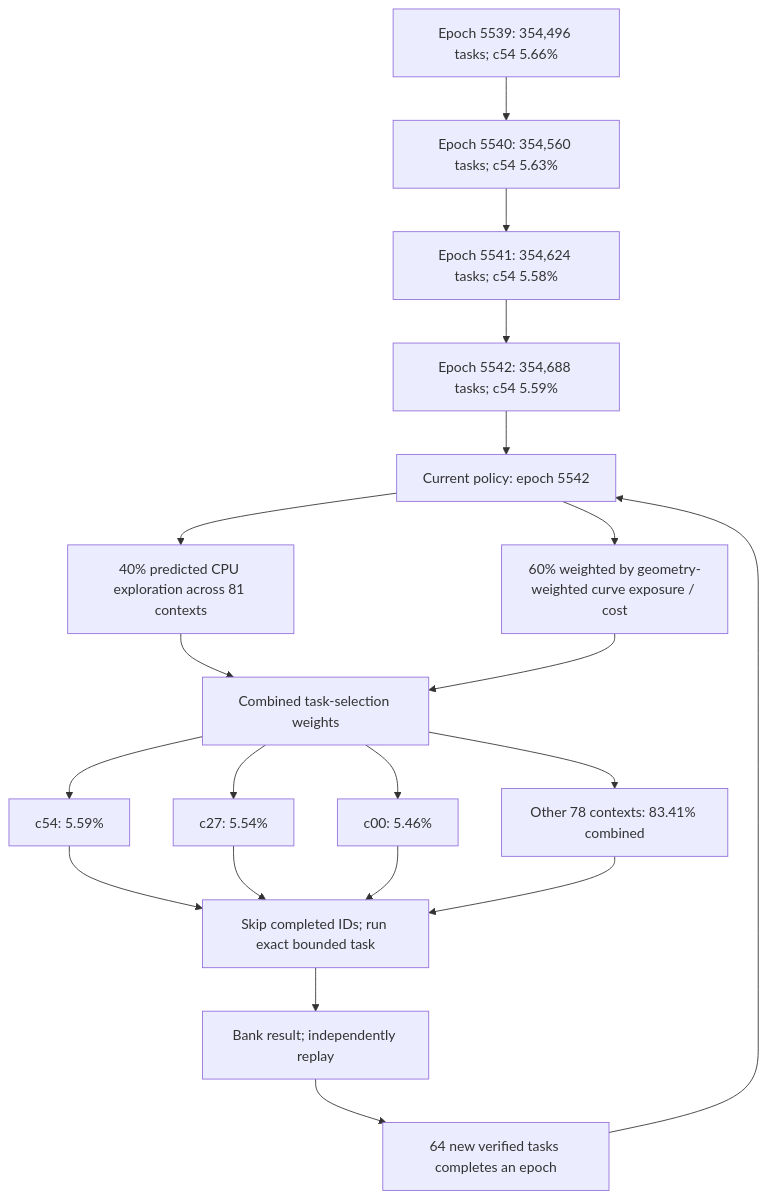
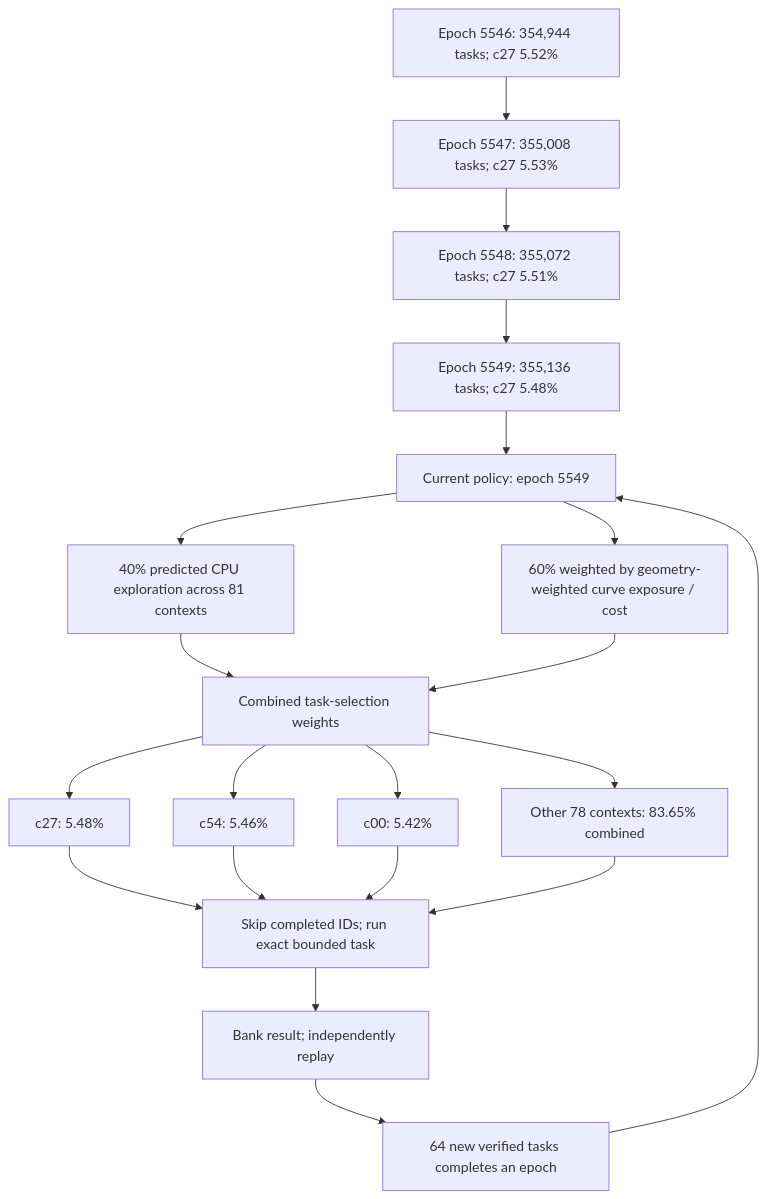
The first of 3 diagrams in README.md (Kuberwastaken/math-gambling), drawn with Mermaid before and after one commit. The commit also changed other lines of this file and 1171 other files, not shown here.

````diff
--- a/README.md
+++ b/README.md
@@ -60,27 +60,27 @@
 ```mermaid
 flowchart TD
-    H0["Epoch 5539: 354,496 tasks; c54 5.66%"]
-    H1["Epoch 5540: 354,560 tasks; c54 5.63%"]
+    H0["Epoch 5546: 354,944 tasks; c27 5.52%"]
+    H1["Epoch 5547: 355,008 tasks; c27 5.53%"]
     H0 --> H1
-    H2["Epoch 5541: 354,624 tasks; c54 5.58%"]
+    H2["Epoch 5548: 355,072 tasks; c27 5.51%"]
     H1 --> H2
-    H3["Epoch 5542: 354,688 tasks; c54 5.59%"]
+    H3["Epoch 5549: 355,136 tasks; c27 5.48%"]
     H2 --> H3
-    Policy["Current policy: epoch 5542"]
+    Policy["Current policy: epoch 5549"]
     H3 --> Policy
     Policy --> Explore["40% predicted CPU exploration across 81 contexts"]
     Policy --> Cost["60% weighted by geometry-weighted curve exposure / cost"]
     Explore --> Mix["Combined task-selection weights"]
     Cost --> Mix
-    Mix --> C0["c54: 5.59%"]
-    Mix --> C1["c27: 5.54%"]
-    Mix --> C2["c00: 5.46%"]
-    Mix --> Rest["Other 78 contexts: 83.41% combined"]
+    Mix --> C0["c27: 5.48%"]
+    Mix --> C1["c54: 5.46%"]
+    Mix --> C2["c00: 5.42%"]
+    Mix --> Rest["Other 78 contexts: 83.65% combined"]
     C0 --> Check["Skip completed IDs; run exact bounded task"]
     C1 --> Check
     C2 --> Check
     Rest --> Check
     Check --> Replay["Bank result; independently replay"]
     Replay --> Gate["64 new verified tasks completes an epoch"]
     Gate --> Policy
 ```
````
